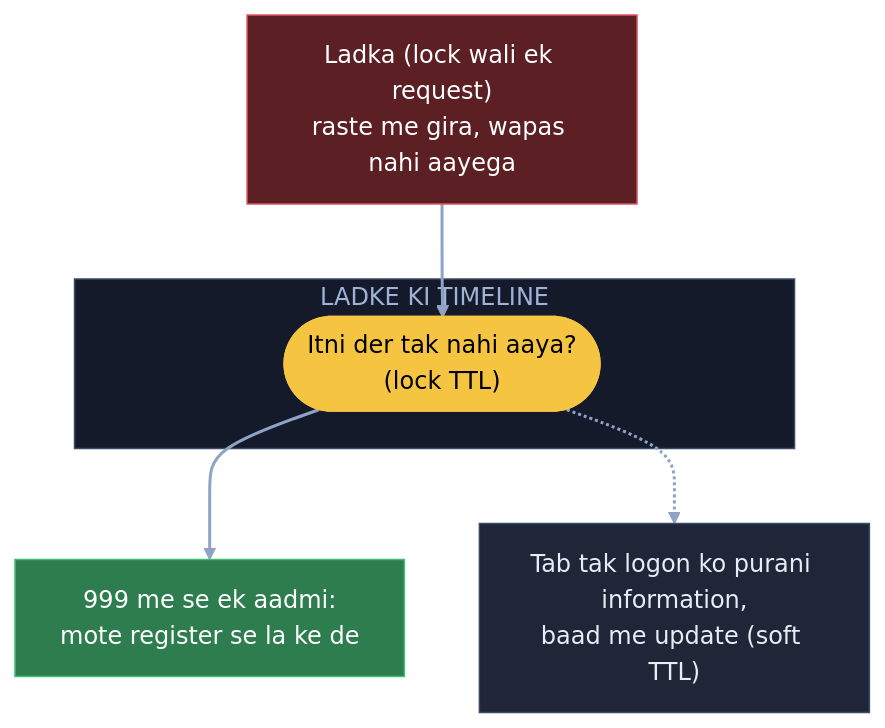
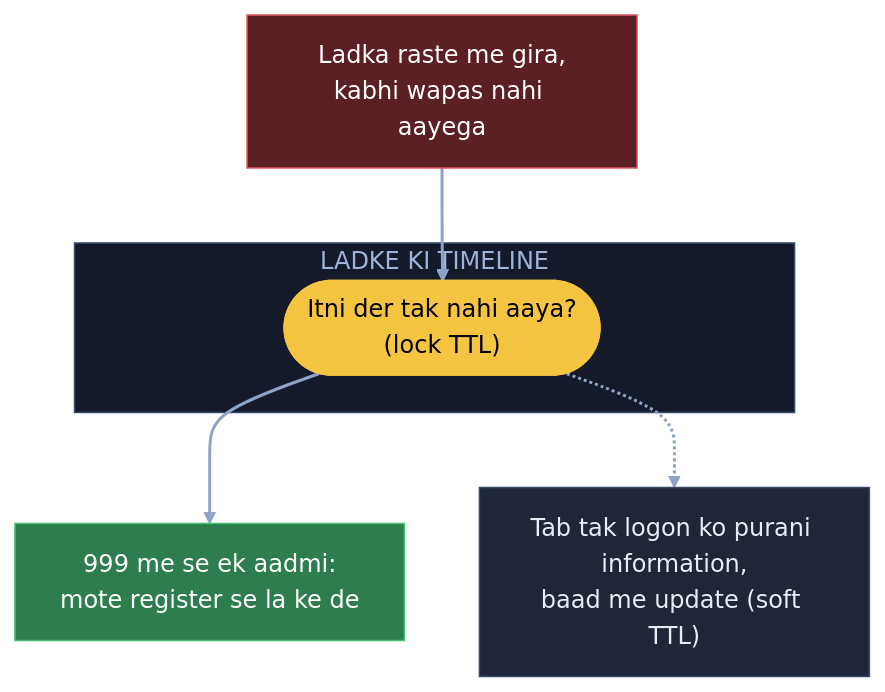
The sixth of 14 diagrams in 04_HLD/SYSTEM_DESIGNS/01_url_shortener/01_url_shortener.md (ArpanMaheshwari144/Prep), drawn with Mermaid before and after one commit. The commit also changed other lines of this file and 21 other files, not shown here.

Commit message:
Diagram: saare label purani halat me (bracket wala kaam dobara, sirf kahani ke dohraaye shabd)

````diff
--- a/04_HLD/SYSTEM_DESIGNS/01_url_shortener/01_url_shortener.md
+++ b/04_HLD/SYSTEM_DESIGNS/01_url_shortener/01_url_shortener.md
@@ -223,18 +223,18 @@
 ```mermaid
 flowchart TB
-    L["Ladka (lock wali ek request)<br/>raste me gira, wapas nahi aayega"]:::bad
+    L["Ladka raste me gira,<br/>kabhi wapas nahi aayega"]:::bad
     subgraph TL["LADKE KI TIMELINE"]
         T(["Itni der tak nahi aaya?<br/>(lock TTL)"]):::pill
     end
     A["999 me se ek aadmi:<br/>mote register se la ke de"]:::good
     P["Tab tak logon ko purani information,<br/>baad me update (soft TTL)"]:::card
     L --> T
     T --> A
     T -.-> P
     linkStyle default stroke:#8fa3c7,stroke-width:2px
     classDef card fill:#1e2638,stroke:#3a4a6b,color:#e8ecf5
     classDef pill fill:#f5c542,stroke:#f5c542,color:#000
     classDef good fill:#2e7d4f,stroke:#3fbf6f,color:#fff
     classDef bad fill:#5c1f24,stroke:#e05561,color:#fff
     style TL fill:#141a29,stroke:#3a4a6b,color:#9fb3d9
 ```
````
